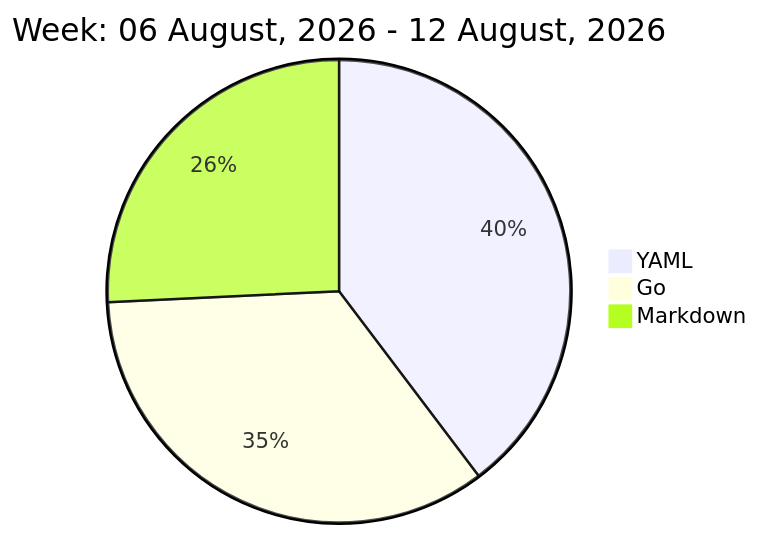
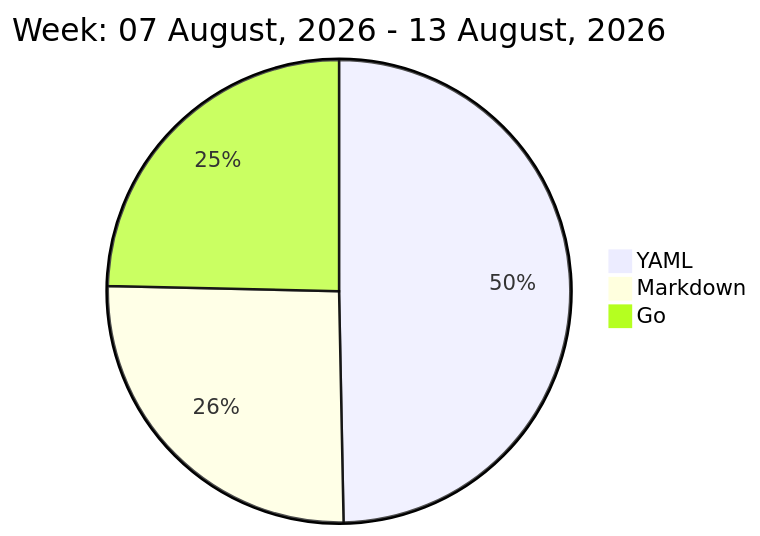
Before and after one commit to liubin95/liubin95: the diagram in README.md, drawn with Mermaid.

Commit message:
Updated the Graph with new Metrics

````diff
--- a/README.md
+++ b/README.md
@@ -32,7 +32,7 @@
 ```mermaid
  pie
-title Week: 06 August, 2026 - 12 August, 2026
- "YAML" : 3.93
- "Go" : 3.42
- "Markdown" : 2.55
+title Week: 07 August, 2026 - 13 August, 2026
+ "YAML" : 4.78
+ "Markdown" : 2.47
+ "Go" : 2.37
 ```
````
